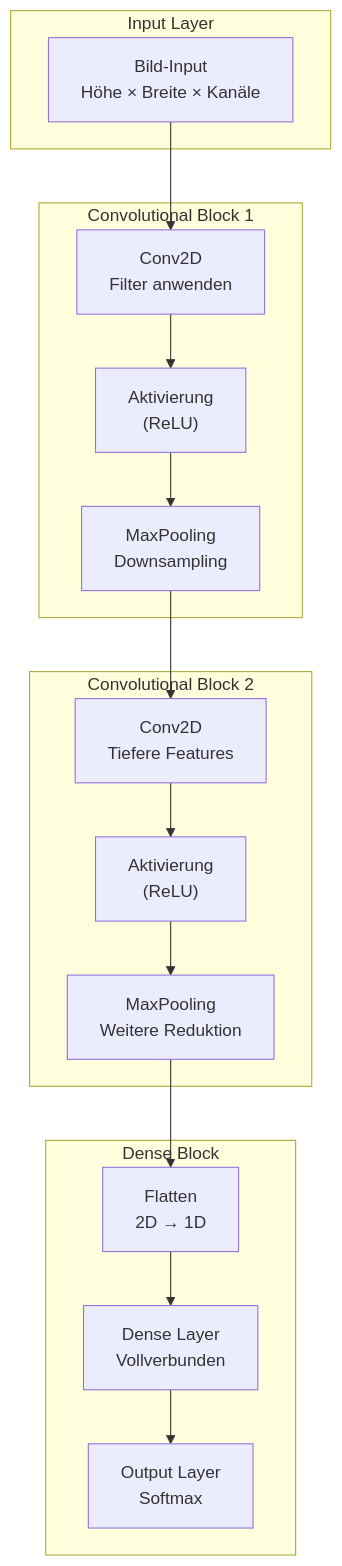
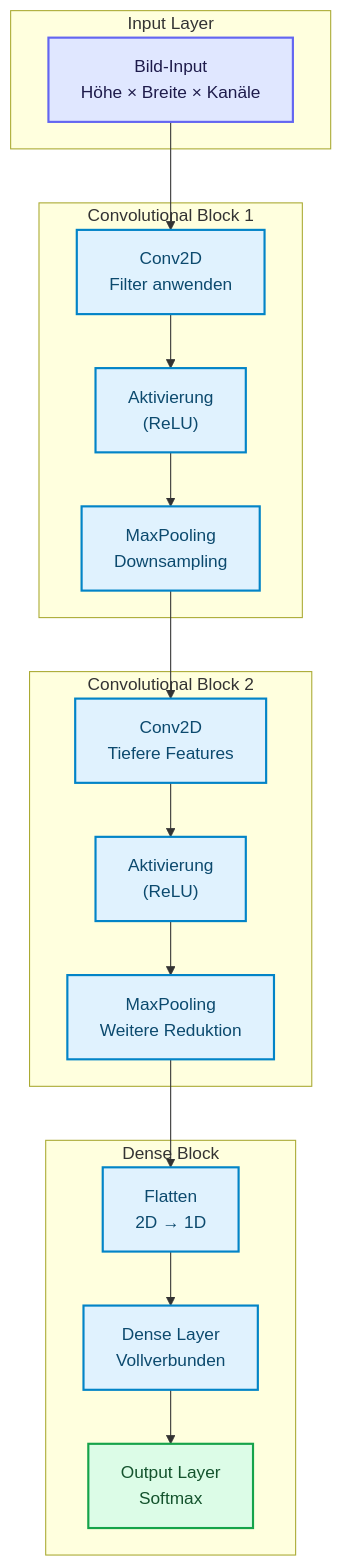
The third of 12 diagrams in docs/concepts/modeling/spezielle-neuronale-netze.md (ralf-42/ML_Intro), drawn with Mermaid before and after one commit. The commit also changed other lines of this file and 49 other files, not shown here.

````diff
--- a/docs/concepts/modeling/spezielle-neuronale-netze.md
+++ b/docs/concepts/modeling/spezielle-neuronale-netze.md
@@ -131,28 +140,35 @@
 ```mermaid
 flowchart TD
     subgraph InputLayer["Input Layer"]
         I["Bild-Input<br/>Höhe × Breite × Kanäle"]
     end
     
     subgraph ConvBlock1["Convolutional Block 1"]
         C1["Conv2D<br/>Filter anwenden"]
         A1["Aktivierung<br/>(ReLU)"]
         P1["MaxPooling<br/>Downsampling"]
     end
     
     subgraph ConvBlock2["Convolutional Block 2"]
         C2["Conv2D<br/>Tiefere Features"]
         A2["Aktivierung<br/>(ReLU)"]
         P2["MaxPooling<br/>Weitere Reduktion"]
     end
     
     subgraph DenseBlock["Dense Block"]
         F["Flatten<br/>2D → 1D"]
         D1["Dense Layer<br/>Vollverbunden"]
         D2["Output Layer<br/>Softmax"]
     end
     
     I --> C1 --> A1 --> P1
     P1 --> C2 --> A2 --> P2
     P2 --> F --> D1 --> D2
+
+    classDef default fill:#e0f2fe,stroke:#0284c7,stroke-width:2px,color:#0c4a6e;
+    classDef input fill:#e0e7ff,stroke:#6366f1,stroke-width:2px,color:#1e1b4b;
+    classDef output fill:#dcfce7,stroke:#16a34a,stroke-width:2px,color:#14532d;
+
+    class I input;
+    class D2 output;
 ```
````
